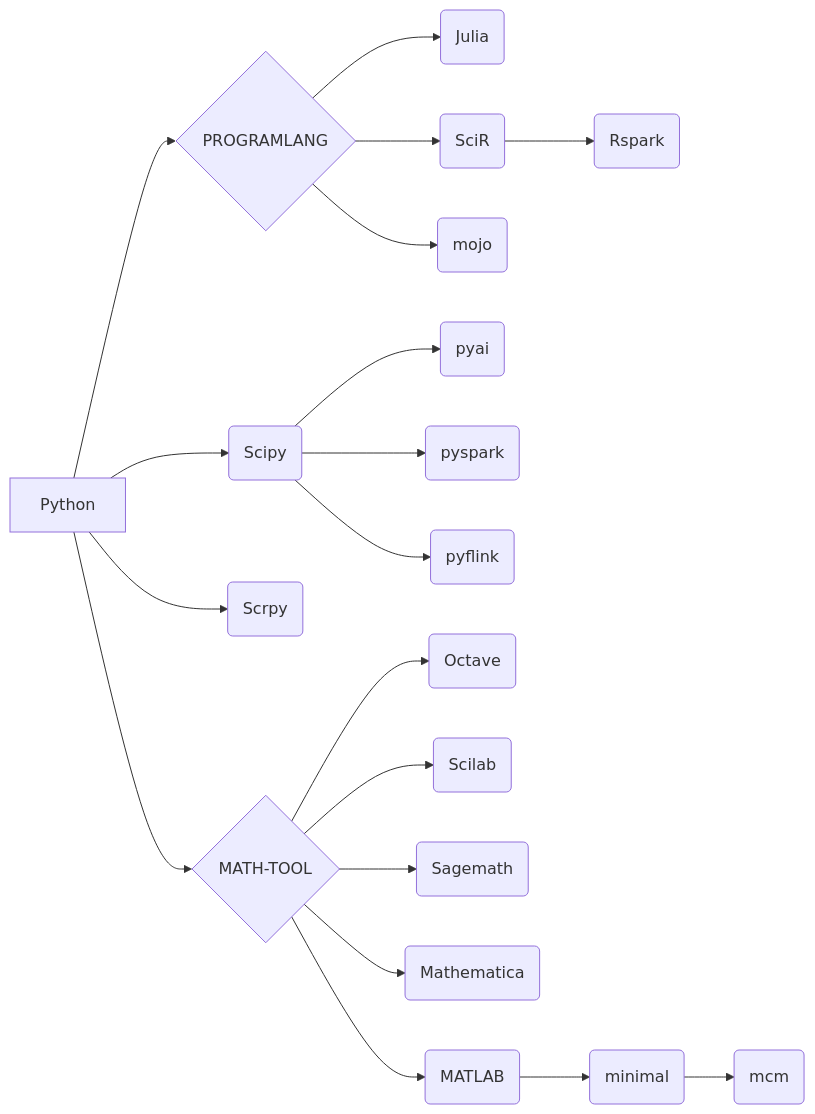
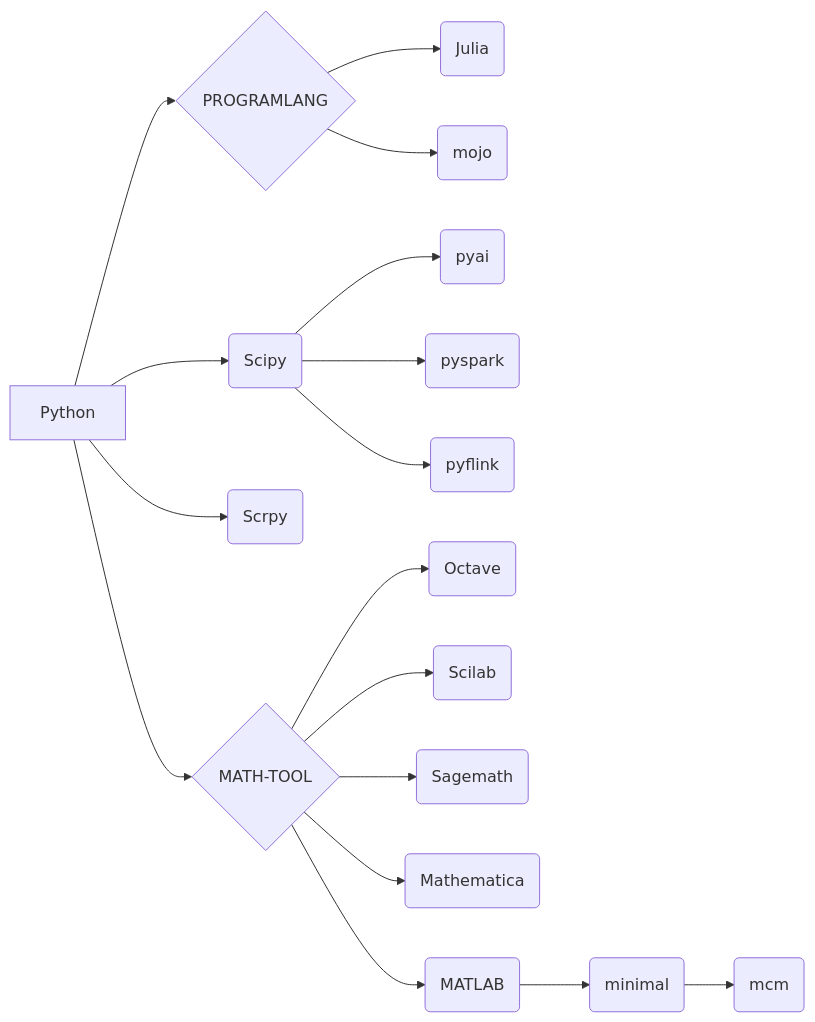
One commit to ben0i0d/jupyter changed the diagram in README.md. Above: the diagram before and after it, drawn with Mermaid. The commit also changed other lines of this file and 5 other files, not shown here.

````diff
--- a/README.md
+++ b/README.md
@@ -77,17 +75,16 @@
 ```mermaid
 graph LR
 Python-->PROGRAM{PROGRAMLANG}
 PROGRAM-->PC(Julia)
-PROGRAM-->PD(SciR)-->PDA(Rspark)
 PROGRAM-->PR(mojo)
 Python-->PRA(Scipy)
 Python-->PRB(Scrpy)
 PRA-->PRAA(pyai)  
 PRA-->PRAB(pyspark)  
 PRA-->PRAC(pyflink)  
 Python-->MATH{MATH-TOOL}-->MA(Octave)
 MATH-->MB(Scilab)
 MATH-->MC(Sagemath)
 MATH-->ME(Mathematica)
 MATH-->MD(MATLAB)-->MDA(minimal)-->MDAA(mcm)
 ```
````
